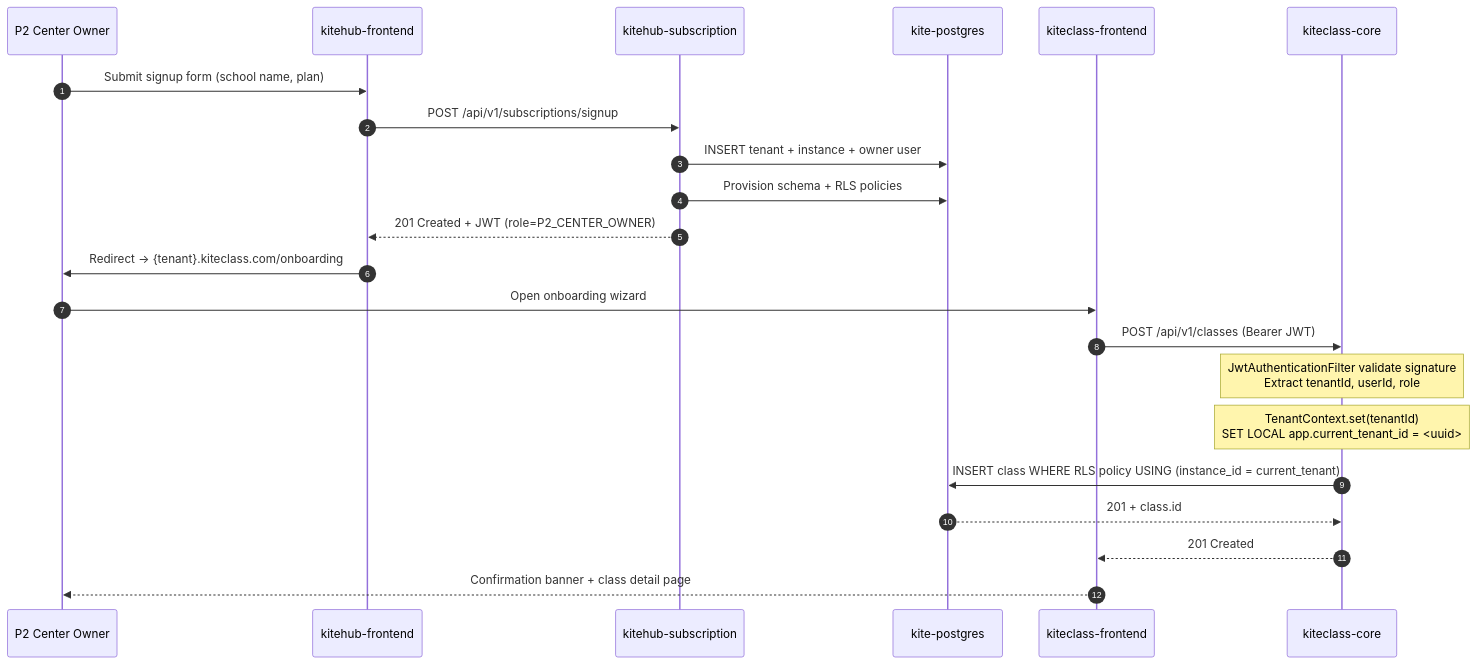
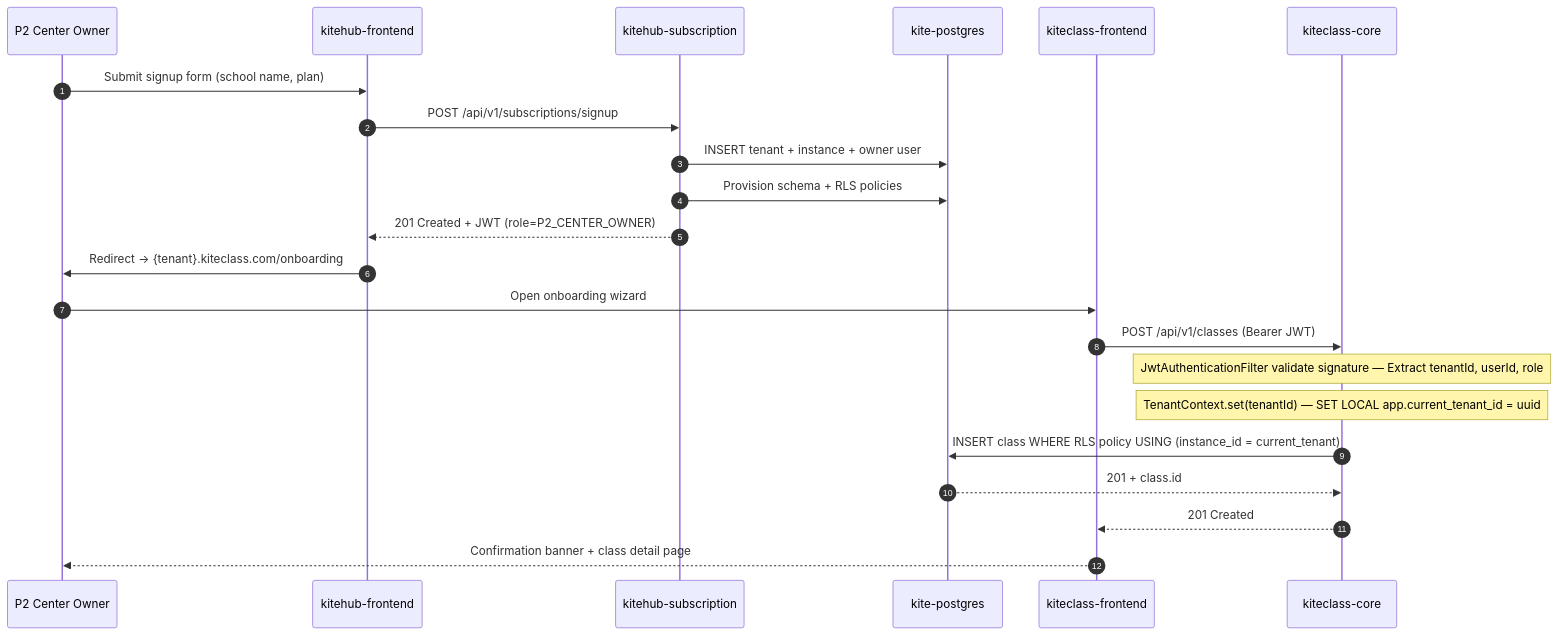
One commit to VictorAurelius/2026-Kite-Class-Platform changed the second of 5 diagrams in documents/02-architecture/kiteclass-architecture.md. Above: the diagram before and after it, drawn with Mermaid. The commit also changed other lines of this file and 8 other files, not shown here.

First line of the commit message:
fix(02-arch): mermaid Note over <br/> render error (recurrence #6) + rule doc anti-pattern (#1572)

````diff
--- a/documents/02-architecture/kiteclass-architecture.md
+++ b/documents/02-architecture/kiteclass-architecture.md
@@ -119,26 +119,26 @@
 ```mermaid
 sequenceDiagram
     autonumber
     participant Owner as P2 Center Owner
     participant FE as kitehub-frontend
     participant Sub as kitehub-subscription
     participant DB as kite-postgres
     participant KCFE as kiteclass-frontend
     participant KCCore as kiteclass-core
 
     Owner->>FE: Submit signup form (school name, plan)
     FE->>Sub: POST /api/v1/subscriptions/signup
     Sub->>DB: INSERT tenant + instance + owner user
     Sub->>DB: Provision schema + RLS policies
     Sub-->>FE: 201 Created + JWT (role=P2_CENTER_OWNER)
     FE->>Owner: Redirect → {tenant}.kiteclass.com/onboarding
 
     Owner->>KCFE: Open onboarding wizard
     KCFE->>KCCore: POST /api/v1/classes (Bearer JWT)
-    Note over KCCore: JwtAuthenticationFilter validate signature<br/>Extract tenantId, userId, role
-    Note over KCCore: TenantContext.set(tenantId)<br/>SET LOCAL app.current_tenant_id = <uuid>
+    Note over KCCore: JwtAuthenticationFilter validate signature — Extract tenantId, userId, role
+    Note over KCCore: TenantContext.set(tenantId) — SET LOCAL app.current_tenant_id = uuid
     KCCore->>DB: INSERT class WHERE RLS policy USING (instance_id = current_tenant)
     DB-->>KCCore: 201 + class.id
     KCCore-->>KCFE: 201 Created
     KCFE-->>Owner: Confirmation banner + class detail page
 ```
````
